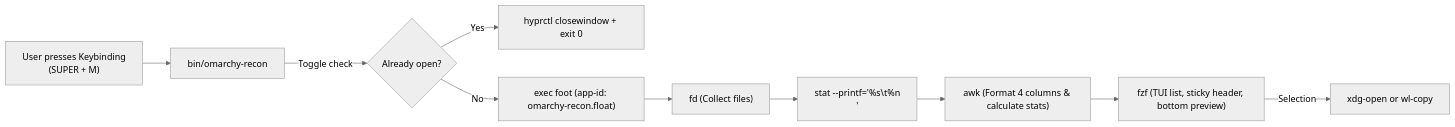
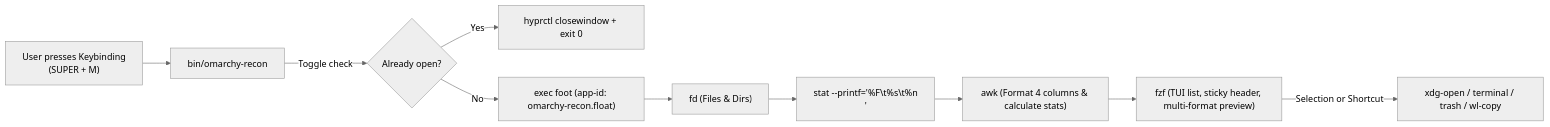
One commit to waldseelen/omarchy-recon changed the diagram in AGENT.md. Above: the diagram before and after it, drawn with Mermaid (neutral theme). The commit also changed other lines of this file and 3 other files, not shown here.

````diff
--- a/AGENT.md
+++ b/AGENT.md
@@ -36,12 +36,12 @@
 ```mermaid
 flowchart LR
     A["User presses Keybinding\n(SUPER + M)"] --> B["bin/omarchy-recon"]
     B -->|Toggle check| C{"Already open?"}
     C -->|Yes| D["hyprctl closewindow + exit 0"]
     C -->|No| E["exec foot (app-id: omarchy-recon.float)"]
-    E --> F["fd (Collect files)"]
-    F --> G["stat --printf='%s\t%n\n'"]
+    E --> F["fd (Files & Dirs)"]
+    F --> G["stat --printf='%F\t%s\t%n\n'"]
     G --> H["awk (Format 4 columns & calculate stats)"]
-    H --> I["fzf (TUI list, sticky header, bottom preview)"]
-    I -->|Selection| J["xdg-open or wl-copy"]
+    H --> I["fzf (TUI list, sticky header, multi-format preview)"]
+    I -->|Selection or Shortcut| J["xdg-open / terminal / trash / wl-copy"]
 ```
````
